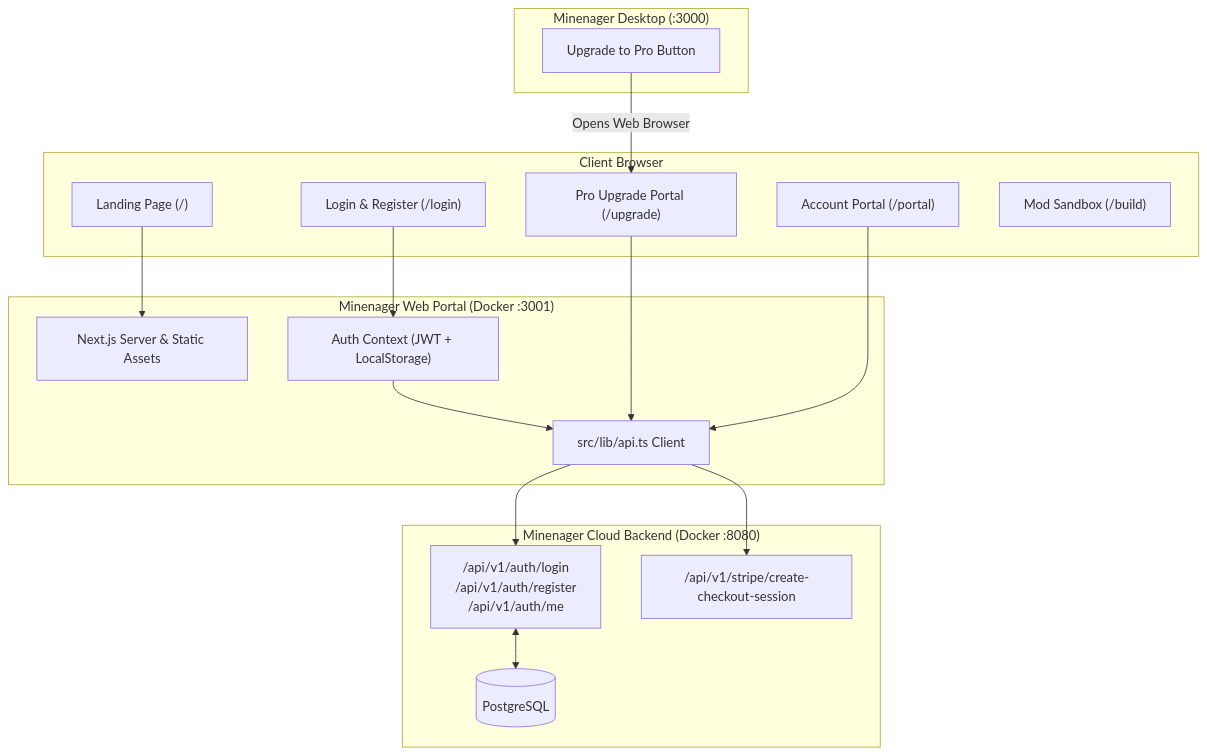
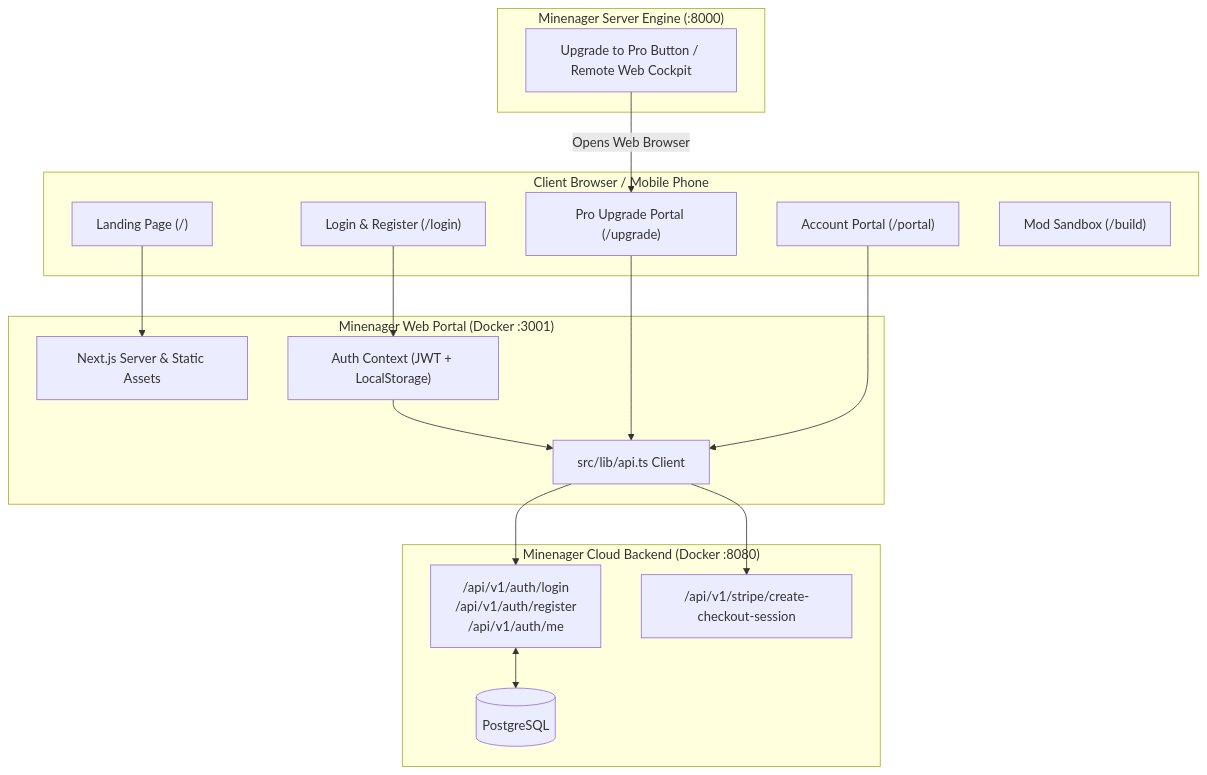
The diagram in README.md (pontro/minenager), drawn with Mermaid before and after one commit. The commit also changed other lines of this file, not shown here.

Commit message:
docs(frontend): update value proposition, web cockpit mental model, and route specs

````diff
--- a/README.md
+++ b/README.md
@@ -17,36 +22,36 @@
 ```mermaid
 flowchart TD
-    subgraph Browser ["Client Browser"]
+    subgraph Browser ["Client Browser / Mobile Phone"]
         LP["Landing Page (/)"]
         AuthView["Login & Register (/login)"]
         UpgradeView["Pro Upgrade Portal (/upgrade)"]
         PortalView["Account Portal (/portal)"]
         Builder["Mod Sandbox (/build)"]
     end
 
     subgraph FrontendApp ["Minenager Web Portal (Docker :3001)"]
         NextServer["Next.js Server & Static Assets"]
         AuthContext["Auth Context (JWT + LocalStorage)"]
         APIClient["src/lib/api.ts Client"]
     end
 
     subgraph CloudBackend ["Minenager Cloud Backend (Docker :8080)"]
         CloudAuth["/api/v1/auth/login\n/api/v1/auth/register\n/api/v1/auth/me"]
         StripeCheckout["/api/v1/stripe/create-checkout-session"]
         DB[("PostgreSQL")]
     end
 
-    subgraph DesktopApp ["Minenager Desktop (:3000)"]
-        UpgradeCTA["Upgrade to Pro Button"]
+    subgraph Engine ["Minenager Server Engine (:8000)"]
+        UpgradeCTA["Upgrade to Pro Button / Remote Web Cockpit"]
     end
 
     LP --> NextServer
     UpgradeCTA -->|Opens Web Browser| UpgradeView
     AuthView --> AuthContext
     AuthContext --> APIClient
     UpgradeView --> APIClient
     PortalView --> APIClient
     APIClient --> CloudAuth
     APIClient --> StripeCheckout
     CloudAuth <--> DB
 ```
````
